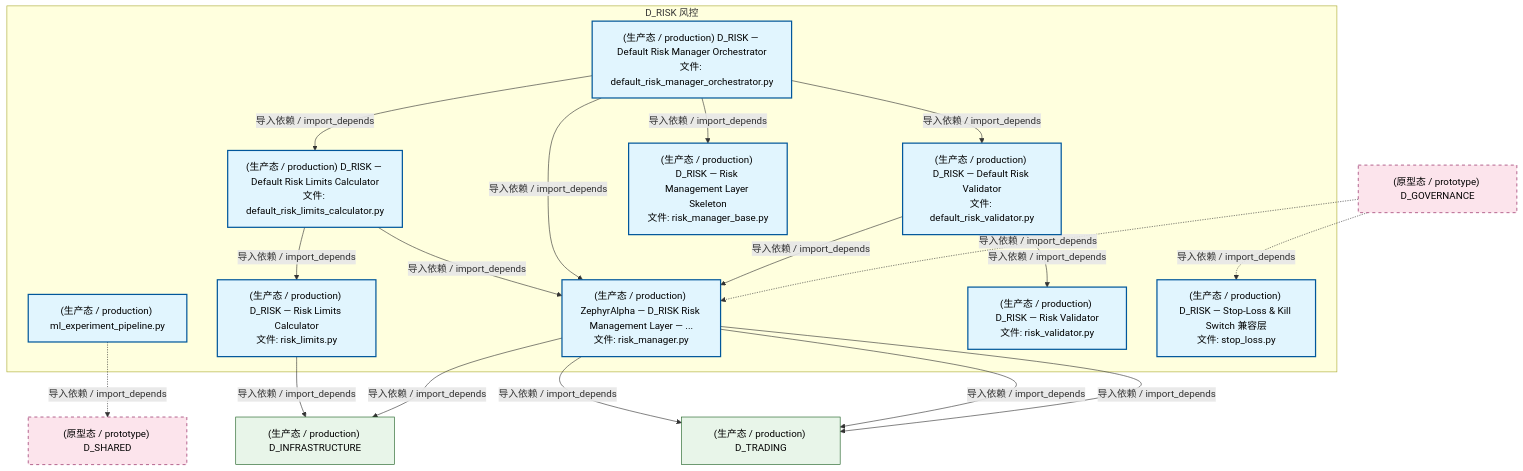
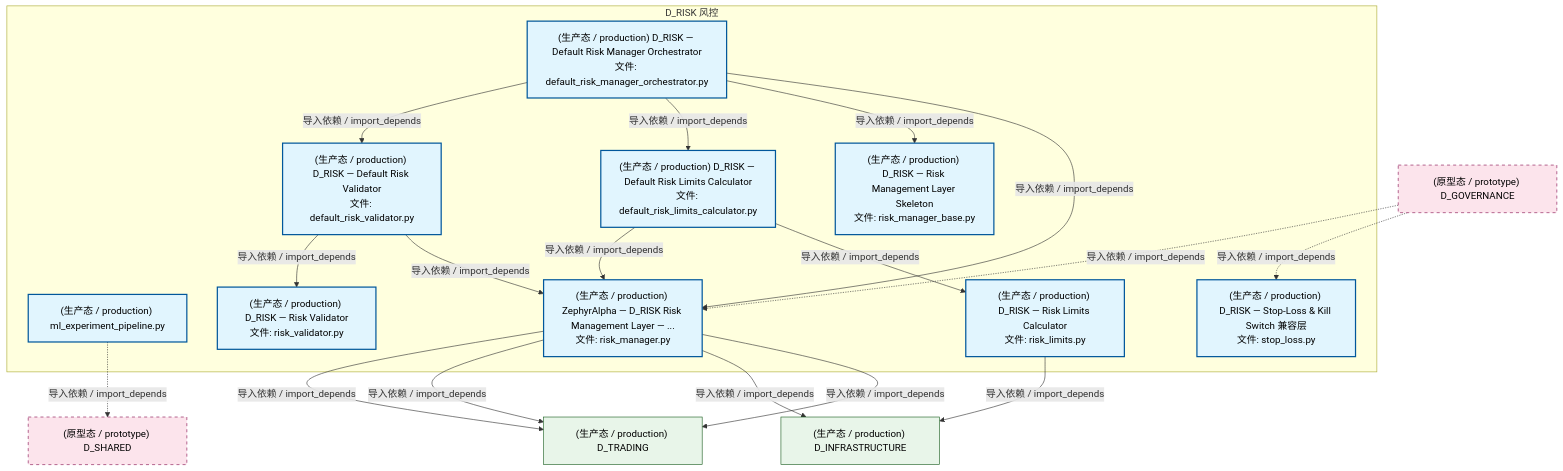
One commit to xuanFelixVan/ZephyrAlpha changed the second of 4 diagrams in docs/02_enterprise_architecture/02_domain_architecture_docs/52_d_risk.md. Above: the diagram before and after it, drawn with Mermaid. The commit also changed other lines of this file and 122 other files, not shown here.

````diff
--- a/docs/02_enterprise_architecture/02_domain_architecture_docs/52_d_risk.md
+++ b/docs/02_enterprise_architecture/02_domain_architecture_docs/52_d_risk.md
@@ -178,41 +178,41 @@
 ```mermaid
 graph TD
     subgraph D_RISK["D_RISK 风控"]
         src_zephyr_risk_cross_asset_cross_market_data_adapter_ml_experiment_pipeline_py["(生产态 / production) ml_experiment_pipeline.py"]
         src_zephyr_risk_implementations_default_risk_limits_calculator_py["(生产态 / production) D_RISK — Default Risk Limits Calculator<br/>文件: default_risk_limits_calculator.py"]
         src_zephyr_risk_implementations_default_risk_manager_orchestrator_py["(生产态 / production) D_RISK — Default Risk Manager Orchestrator<br/>文件: default_risk_manager_orchestrator.py"]
         src_zephyr_risk_implementations_default_risk_validator_py["(生产态 / production) D_RISK — Default Risk Validator<br/>文件: default_risk_validator.py"]
         src_zephyr_risk_risk_limits_py["(生产态 / production) D_RISK — Risk Limits Calculator<br/>文件: risk_limits.py"]
         src_zephyr_risk_risk_manager_py["(生产态 / production) ZephyrAlpha — D_RISK Risk Management Layer — ...<br/>文件: risk_manager.py"]
         src_zephyr_risk_risk_manager_base_py["(生产态 / production) D_RISK — Risk Management Layer Skeleton<br/>文件: risk_manager_base.py"]
         src_zephyr_risk_risk_validator_py["(生产态 / production) D_RISK — Risk Validator<br/>文件: risk_validator.py"]
         src_zephyr_risk_stop_loss_py["(生产态 / production) D_RISK — Stop-Loss & Kill Switch 兼容层<br/>文件: stop_loss.py"]
     end
     src_zephyr_risk_implementations_default_risk_limits_calculator_py -->|导入依赖 / import_depends| src_zephyr_risk_risk_limits_py
     src_zephyr_risk_implementations_default_risk_limits_calculator_py -->|导入依赖 / import_depends| src_zephyr_risk_risk_manager_py
+    src_zephyr_risk_implementations_default_risk_validator_py -->|导入依赖 / import_depends| src_zephyr_risk_risk_manager_py
+    src_zephyr_risk_implementations_default_risk_validator_py -->|导入依赖 / import_depends| src_zephyr_risk_risk_validator_py
+    src_zephyr_risk_implementations_default_risk_manager_orchestrator_py -->|导入依赖 / import_depends| src_zephyr_risk_risk_manager_py
     src_zephyr_risk_implementations_default_risk_manager_orchestrator_py -->|导入依赖 / import_depends| src_zephyr_risk_risk_manager_base_py
-    src_zephyr_risk_implementations_default_risk_manager_orchestrator_py -->|导入依赖 / import_depends| src_zephyr_risk_risk_manager_py
     src_zephyr_risk_implementations_default_risk_manager_orchestrator_py -->|导入依赖 / import_depends| src_zephyr_risk_implementations_default_risk_limits_calculator_py
     src_zephyr_risk_implementations_default_risk_manager_orchestrator_py -->|导入依赖 / import_depends| src_zephyr_risk_implementations_default_risk_validator_py
-    src_zephyr_risk_implementations_default_risk_validator_py -->|导入依赖 / import_depends| src_zephyr_risk_risk_manager_py
-    src_zephyr_risk_implementations_default_risk_validator_py -->|导入依赖 / import_depends| src_zephyr_risk_risk_validator_py
     D_INFRASTRUCTURE["(生产态 / production) D_INFRASTRUCTURE"]
     src_zephyr_risk_risk_limits_py -->|导入依赖 / import_depends| D_INFRASTRUCTURE
     D_TRADING["(生产态 / production) D_TRADING"]
     src_zephyr_risk_risk_manager_py -->|导入依赖 / import_depends| D_TRADING
     src_zephyr_risk_risk_manager_py -->|导入依赖 / import_depends| D_INFRASTRUCTURE
     src_zephyr_risk_risk_manager_py -->|导入依赖 / import_depends| D_TRADING
     src_zephyr_risk_risk_manager_py -->|导入依赖 / import_depends| D_TRADING
     D_SHARED["(原型态 / prototype) D_SHARED"]
     src_zephyr_risk_cross_asset_cross_market_data_adapter_ml_experiment_pipeline_py -.->|导入依赖 / import_depends| D_SHARED
     D_GOVERNANCE["(原型态 / prototype) D_GOVERNANCE"]
+    D_GOVERNANCE -.->|导入依赖 / import_depends| src_zephyr_risk_stop_loss_py
     D_GOVERNANCE -.->|导入依赖 / import_depends| src_zephyr_risk_risk_manager_py
-    D_GOVERNANCE -.->|导入依赖 / import_depends| src_zephyr_risk_stop_loss_py
     classDef production fill:#e1f5fe,stroke:#01579b,stroke-width:2px,color:#000
     classDef design fill:#fff3e0,stroke:#e65100,stroke-width:2px,color:#000,stroke-dasharray: 5 5
     classDef external_prod fill:#e8f5e9,stroke:#1b5e20,stroke-width:1px,color:#000
     classDef external_design fill:#fce4ec,stroke:#880e4f,stroke-width:1px,color:#000,stroke-dasharray: 5 5
     class src_zephyr_risk_cross_asset_cross_market_data_adapter_ml_experiment_pipeline_py,src_zephyr_risk_implementations_default_risk_limits_calculator_py,src_zephyr_risk_implementations_default_risk_manager_orchestrator_py,src_zephyr_risk_implementations_default_risk_validator_py,src_zephyr_risk_risk_limits_py,src_zephyr_risk_risk_manager_py,src_zephyr_risk_risk_manager_base_py,src_zephyr_risk_risk_validator_py,src_zephyr_risk_stop_loss_py production
     class D_INFRASTRUCTURE,D_TRADING external_prod
     class D_SHARED,D_GOVERNANCE external_design
 ```
````
